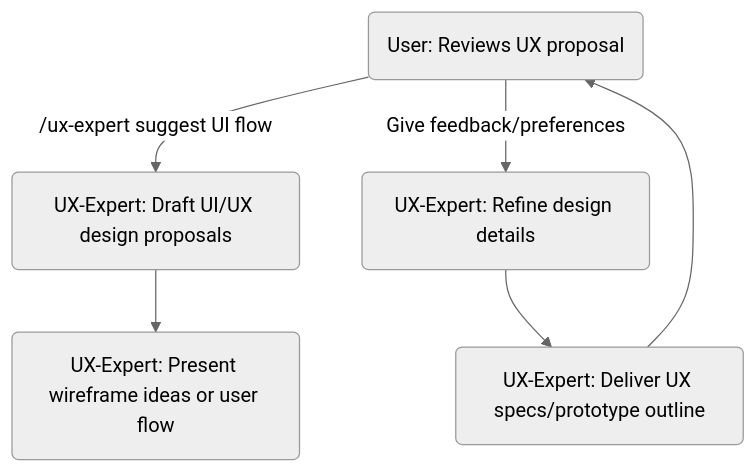
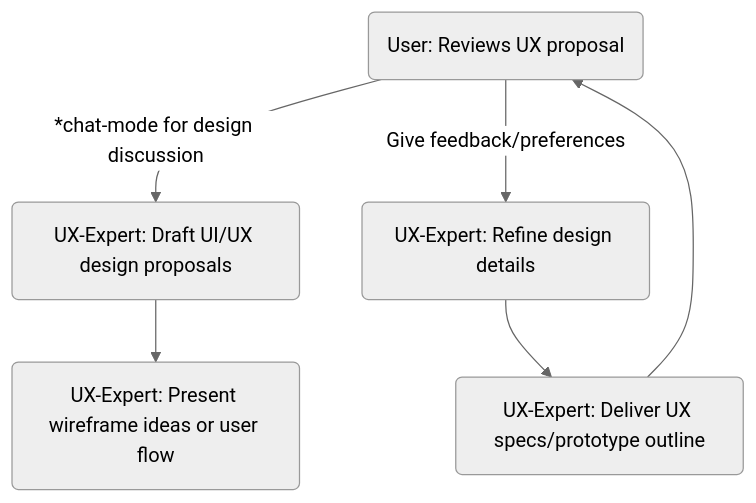
One commit to hitesh-goel/BMAD-METHOD changed diagram 14 of 20 in diagrams.md. Above: the diagram before and after it, drawn with Mermaid (neutral theme). The commit also changed other lines of this file, not shown here.

Commit message:
refactor: update flowchart commands in diagrams.md to use asterisk prefix for consistency and clarity. Enhanced agent command structures and added detailed workflow conditional flows for improved documentation.

````diff
--- a/diagrams.md
+++ b/diagrams.md
@@ -317,8 +513,8 @@
 ```mermaid
 flowchart TD
-    U(User: Request UX design) -->|"/ux-expert suggest UI flow"| UX(UX-Expert: Draft UI/UX design proposals)
+    U(User: Request UX design) -->|"*chat-mode for design discussion"| UX(UX-Expert: Draft UI/UX design proposals)
     UX --> UX2(UX-Expert: Present wireframe ideas or user flow)
     U -->|Give feedback/preferences| UX3(UX-Expert: Refine design details)
     UX3 --> UX4(UX-Expert: Deliver UX specs/prototype outline)
     UX4 --> U(User: Reviews UX proposal)
 ```
````
